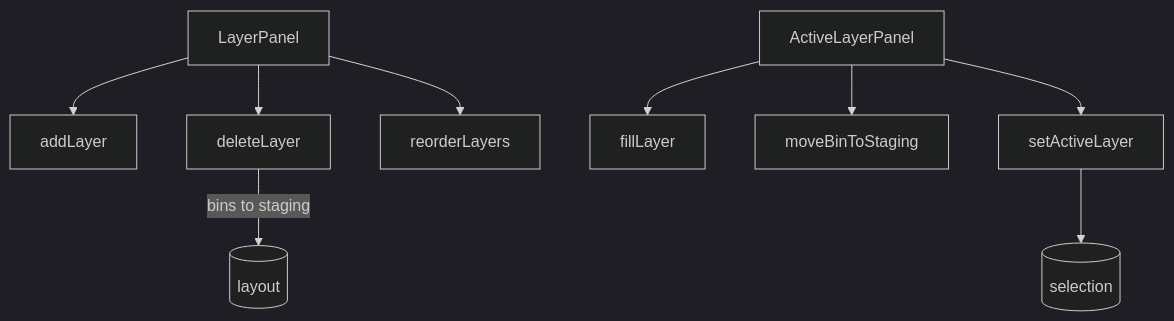
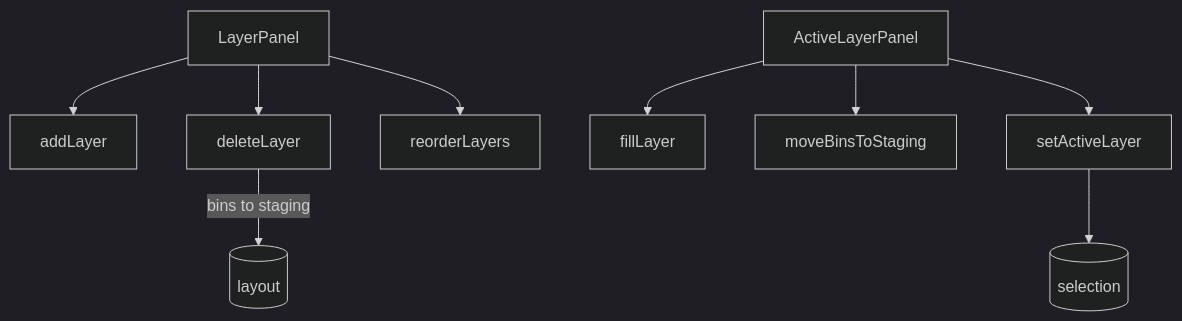
One commit to andymai/gridfinity-layout-tool changed the diagram in src/features/layers/README.md. Above: the diagram before and after it, drawn with Mermaid (dark theme). The commit also changed 42 other files, not shown here.

First line of the commit message:
perf(layers): stash a cleared layer's bins in one command

````diff
--- a/src/features/layers/README.md
+++ b/src/features/layers/README.md
@@ -5,7 +5,7 @@
 ```mermaid
 graph TB
     LP[LayerPanel] --> AL[addLayer] & DL[deleteLayer] & RL[reorderLayers]
-    ALP[ActiveLayerPanel] --> FL[fillLayer] & CLR[moveBinToStaging] & SAL[setActiveLayer]
+    ALP[ActiveLayerPanel] --> FL[fillLayer] & CLR[moveBinsToStaging] & SAL[setActiveLayer]
     SAL --> SEL[(selection)]
     DL -->|bins to staging| LAY[(layout)]
 ```
````
